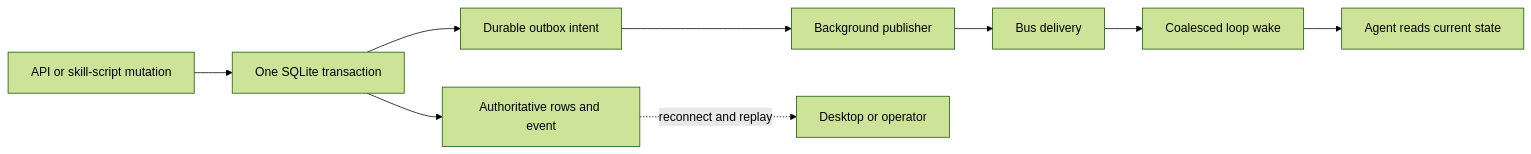
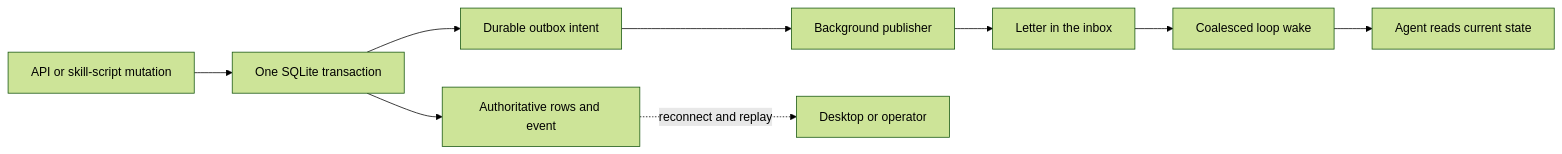
One commit to alekzonder/tariboy changed the fourth of 4 diagrams in docs/docs/architecture/index.mdx. Above: the diagram before and after it, drawn with Mermaid (forest theme). The commit also changed other lines of this file and 31 other files, not shown here.

````diff
--- a/docs/docs/architecture/index.mdx
+++ b/docs/docs/architecture/index.mdx
@@ -293,11 +294,11 @@
 ```mermaid
 flowchart LR
   mutation[API or skill-script mutation] --> transaction[One SQLite transaction]
   transaction --> state[Authoritative rows and event]
   transaction --> outbox[Durable outbox intent]
   outbox --> publisher[Background publisher]
-  publisher --> bus[Bus delivery]
-  bus --> wake[Coalesced loop wake]
+  publisher --> mail[Letter in the inbox]
+  mail --> wake[Coalesced loop wake]
   wake --> read[Agent reads current state]
   state -. reconnect and replay .-> client[Desktop or operator]
 ```
````
